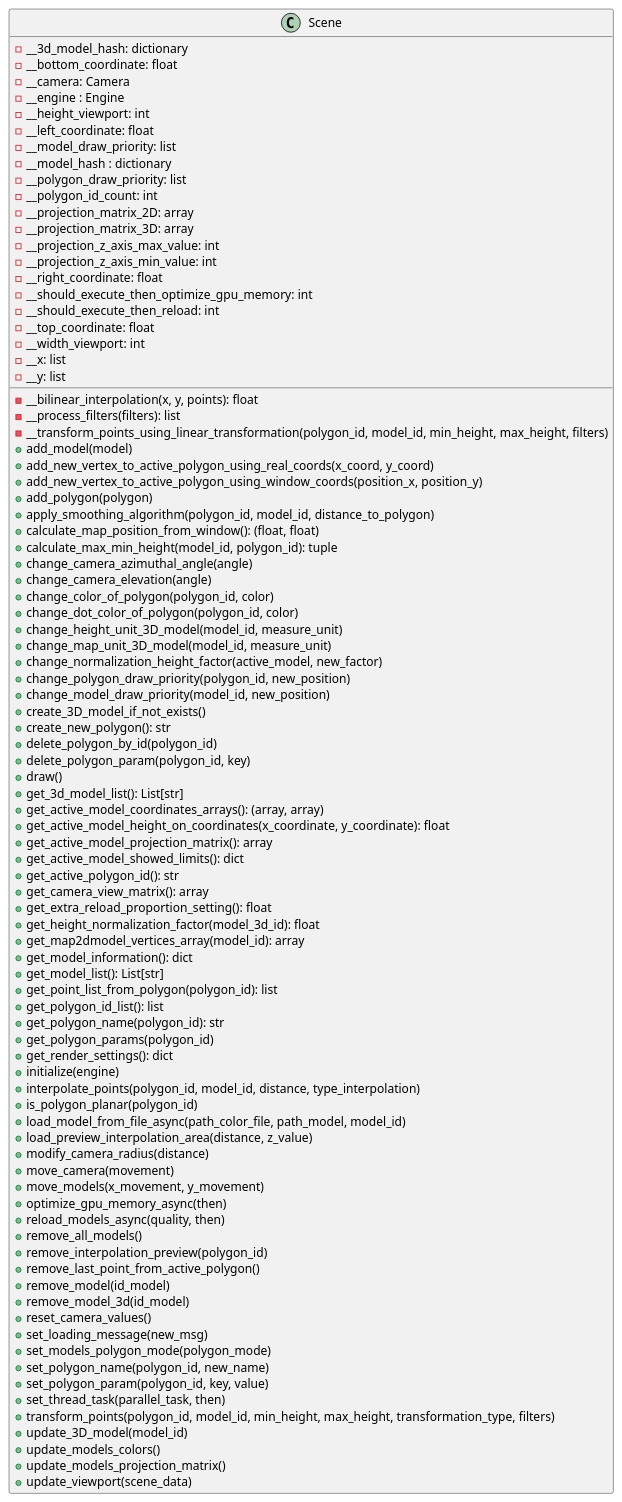
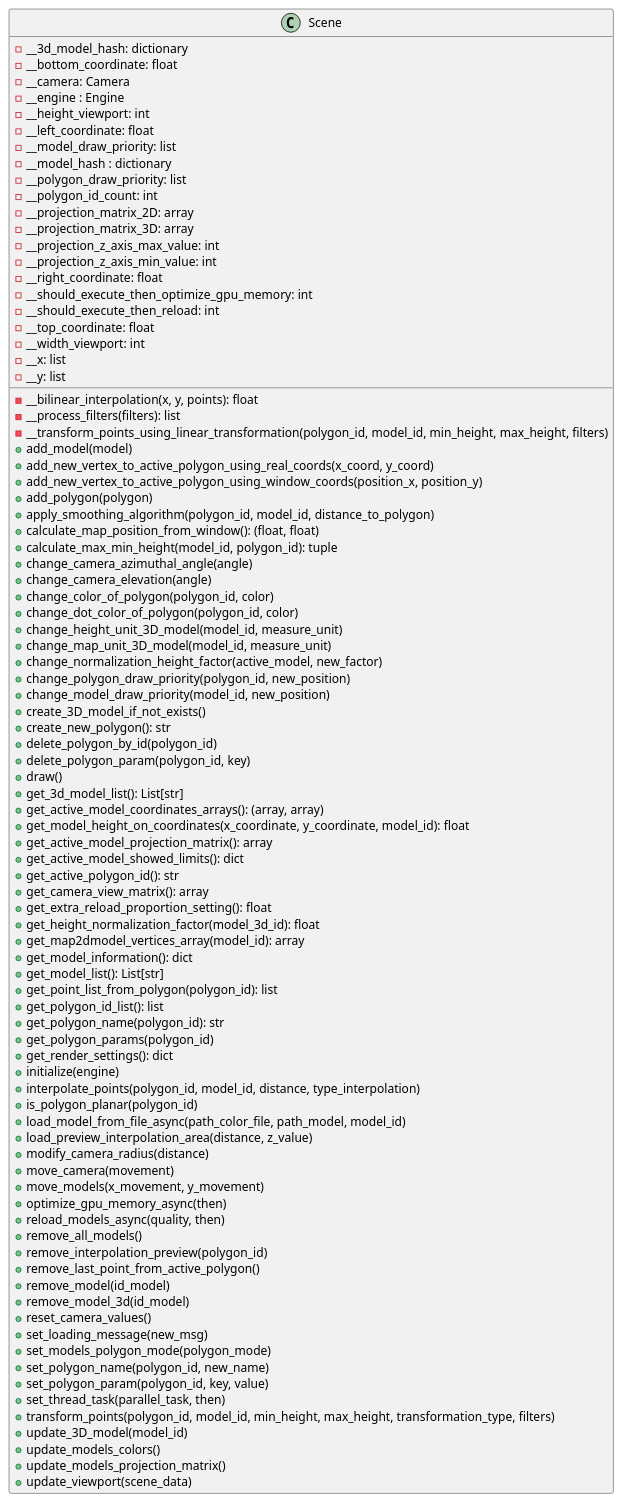
Before and after one commit to ferpoble2/Relief_Creator: the diagram in docs/classes/Scene.puml, drawn with PlantUML. The commit also changed 2 other files, not shown here.

```diff
--- a/docs/classes/Scene.puml
+++ b/docs/classes/Scene.puml
@@ -1,93 +1,93 @@
 @startuml
             class Scene{
                 - __bilinear_interpolation(x, y, points): float
                 - __process_filters(filters): list
                 - __transform_points_using_linear_transformation(polygon_id, model_id, min_height, max_height, filters)
                 + add_model(model)
                 + add_new_vertex_to_active_polygon_using_real_coords(x_coord, y_coord)
                 + add_new_vertex_to_active_polygon_using_window_coords(position_x, position_y)
                 + add_polygon(polygon)
                 + apply_smoothing_algorithm(polygon_id, model_id, distance_to_polygon)
                 + calculate_map_position_from_window(): (float, float)
                 + calculate_max_min_height(model_id, polygon_id): tuple
                 + change_camera_azimuthal_angle(angle)
                 + change_camera_elevation(angle)
                 + change_color_of_polygon(polygon_id, color)
                 + change_dot_color_of_polygon(polygon_id, color)
                 + change_height_unit_3D_model(model_id, measure_unit)
                 + change_map_unit_3D_model(model_id, measure_unit)
                 + change_normalization_height_factor(active_model, new_factor)
                 + change_polygon_draw_priority(polygon_id, new_position)
                 + change_model_draw_priority(model_id, new_position)
                 + create_3D_model_if_not_exists()
                 + create_new_polygon(): str
                 + delete_polygon_by_id(polygon_id)
                 + delete_polygon_param(polygon_id, key)
                 + draw()
                 + get_3d_model_list(): List[str]
                 + get_active_model_coordinates_arrays(): (array, array)
-                + get_active_model_height_on_coordinates(x_coordinate, y_coordinate): float
+                + get_model_height_on_coordinates(x_coordinate, y_coordinate, model_id): float
                 + get_active_model_projection_matrix(): array
                 + get_active_model_showed_limits(): dict
                 + get_active_polygon_id(): str
                 + get_camera_view_matrix(): array
                 + get_extra_reload_proportion_setting(): float
                 + get_height_normalization_factor(model_3d_id): float
                 + get_map2dmodel_vertices_array(model_id): array
                 + get_model_information(): dict
                 + get_model_list(): List[str]
                 + get_point_list_from_polygon(polygon_id): list
                 + get_polygon_id_list(): list
                 + get_polygon_name(polygon_id): str
                 + get_polygon_params(polygon_id)
                 + get_render_settings(): dict
                 + initialize(engine)
                 + interpolate_points(polygon_id, model_id, distance, type_interpolation)
                 + is_polygon_planar(polygon_id)
                 + load_model_from_file_async(path_color_file, path_model, model_id)
                 + load_preview_interpolation_area(distance, z_value)
                 + modify_camera_radius(distance)
                 + move_camera(movement)
                 + move_models(x_movement, y_movement)
                 + optimize_gpu_memory_async(then)
                 + reload_models_async(quality, then)
                 + remove_all_models()
                 + remove_interpolation_preview(polygon_id)
                 + remove_last_point_from_active_polygon()
                 + remove_model(id_model)
                 + remove_model_3d(id_model)
                 + reset_camera_values()
                 + set_loading_message(new_msg)
                 + set_models_polygon_mode(polygon_mode)
                 + set_polygon_name(polygon_id, new_name)
                 + set_polygon_param(polygon_id, key, value)
                 + set_thread_task(parallel_task, then)
                 + transform_points(polygon_id, model_id, min_height, max_height, transformation_type, filters)
                 + update_3D_model(model_id)
                 + update_models_colors()
                 + update_models_projection_matrix()
                 + update_viewport(scene_data)
 
                 - __3d_model_hash: dictionary
                 - __bottom_coordinate: float
                 - __camera: Camera
                 - __engine : Engine
                 - __height_viewport: int
                 - __left_coordinate: float
                 - __model_draw_priority: list
                 - __model_hash : dictionary
                 - __polygon_draw_priority: list
                 - __polygon_id_count: int
                 - __projection_matrix_2D: array
                 - __projection_matrix_3D: array
                 - __projection_z_axis_max_value: int
                 - __projection_z_axis_min_value: int
                 - __right_coordinate: float
                 - __should_execute_then_optimize_gpu_memory: int
                 - __should_execute_then_reload: int
                 - __top_coordinate: float
                 - __width_viewport: int
                 - __x: list
                 - __y: list
             }
 @enduml
```
